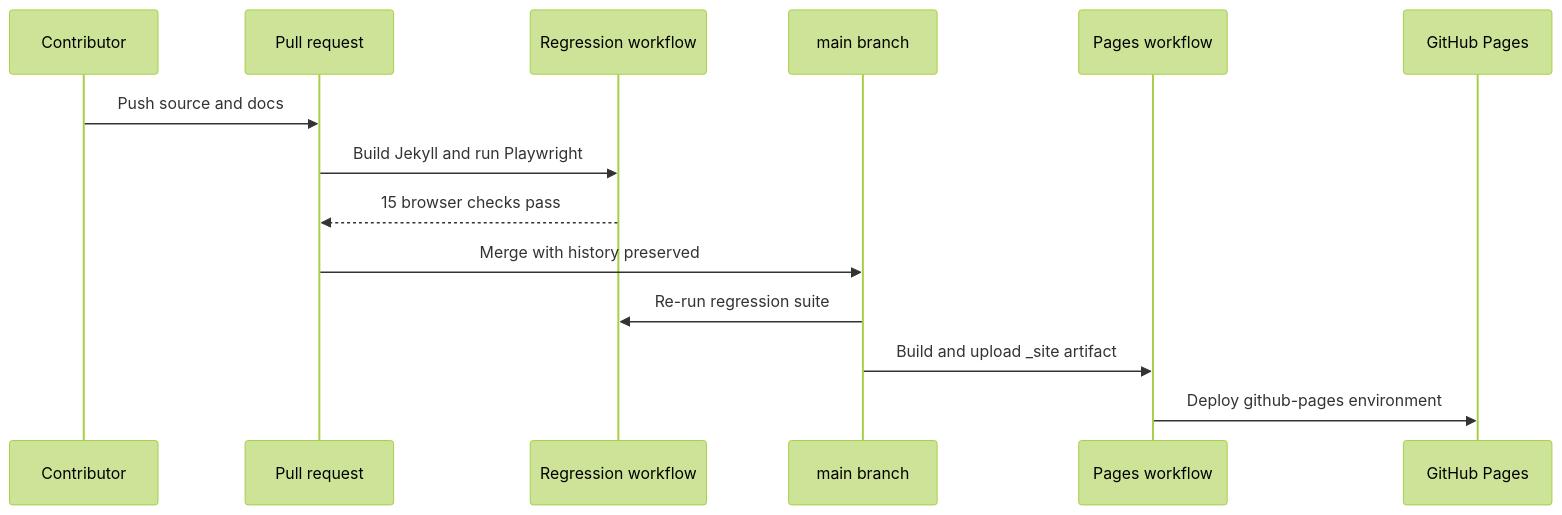
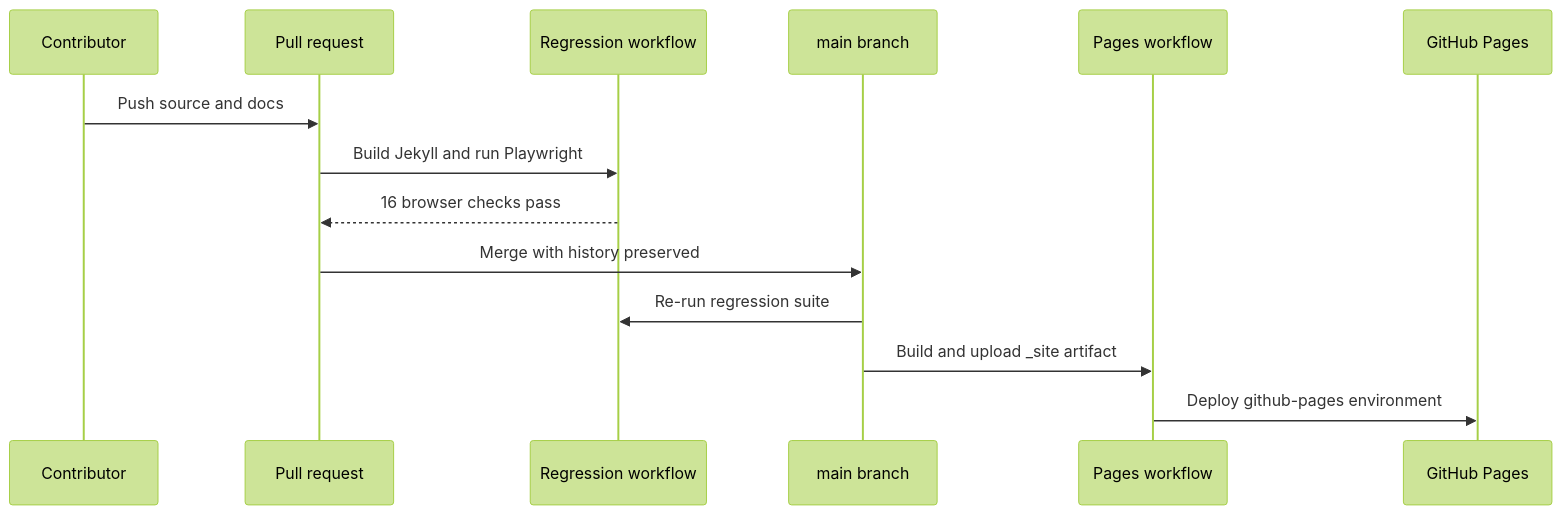
One commit to aindaco1/zema-landing changed the second of 2 diagrams in docs/ARCHITECTURE.md. Above: the diagram before and after it, drawn with Mermaid (forest theme). The commit also changed other lines of this file and 9 other files, not shown here.

````diff
--- a/docs/ARCHITECTURE.md
+++ b/docs/ARCHITECTURE.md
@@ -142,16 +142,16 @@
 ```mermaid
 sequenceDiagram
     participant Dev as Contributor
     participant PR as Pull request
     participant CI as Regression workflow
     participant Main as main branch
     participant Pages as Pages workflow
     participant CDN as GitHub Pages
     Dev->>PR: Push source and docs
     PR->>CI: Build Jekyll and run Playwright
-    CI-->>PR: 15 browser checks pass
+    CI-->>PR: 16 browser checks pass
     PR->>Main: Merge with history preserved
     Main->>CI: Re-run regression suite
     Main->>Pages: Build and upload _site artifact
     Pages->>CDN: Deploy github-pages environment
 ```
````
